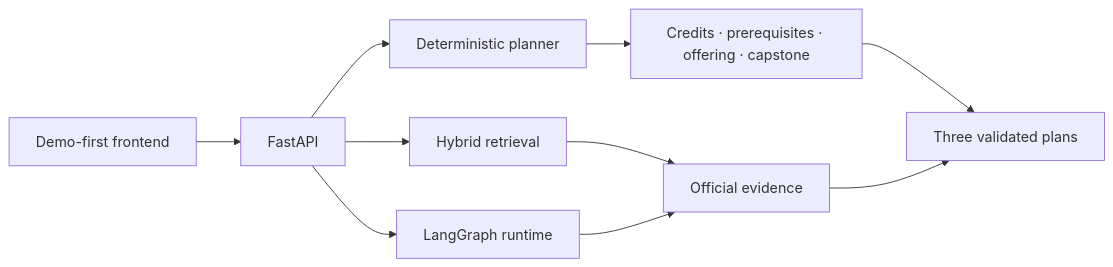
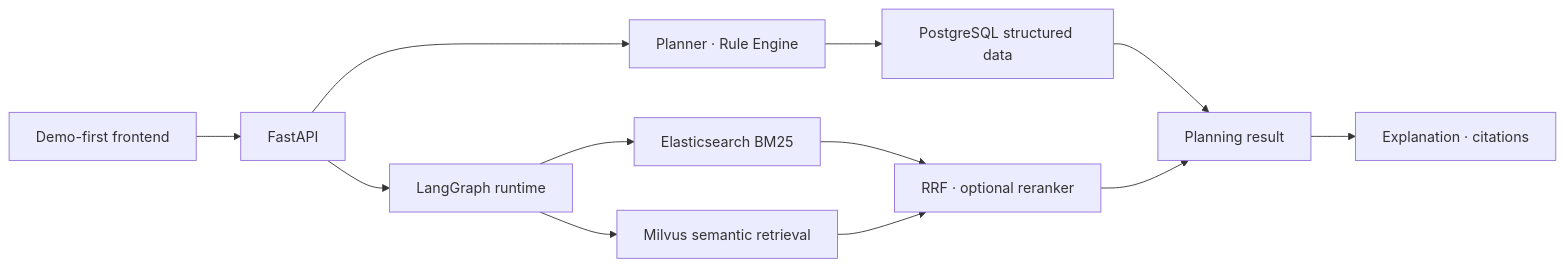
One commit to Yulong713-21/campuspilot-rag-agent changed the diagram in README.md. Above: the diagram before and after it, drawn with Mermaid. The commit also changed other lines of this file and 40 other files, not shown here.

````diff
--- a/README.md
+++ b/README.md
@@ -26,12 +26,14 @@
 ```mermaid
 flowchart LR
     UI["Demo-first frontend"] --> API["FastAPI"]
-    API --> RULES["Deterministic planner"]
     API --> AGENT["LangGraph runtime"]
-    API --> RAG["Hybrid retrieval"]
-    RULES --> CHECKS["Credits · prerequisites · offering · capstone"]
-    RAG --> EVIDENCE["Official evidence"]
-    AGENT --> EVIDENCE
-    CHECKS --> RESULT["Three validated plans"]
-    EVIDENCE --> RESULT
+    API --> RULES["Planner · Rule Engine"]
+    RULES --> PG["PostgreSQL structured data"]
+    AGENT --> ES["Elasticsearch BM25"]
+    AGENT --> MV["Milvus semantic retrieval"]
+    ES --> FUSION["RRF · optional reranker"]
+    MV --> FUSION
+    PG --> RESULT["Planning result"]
+    FUSION --> RESULT
+    RESULT --> LLM["Explanation · citations"]
 ```
````
